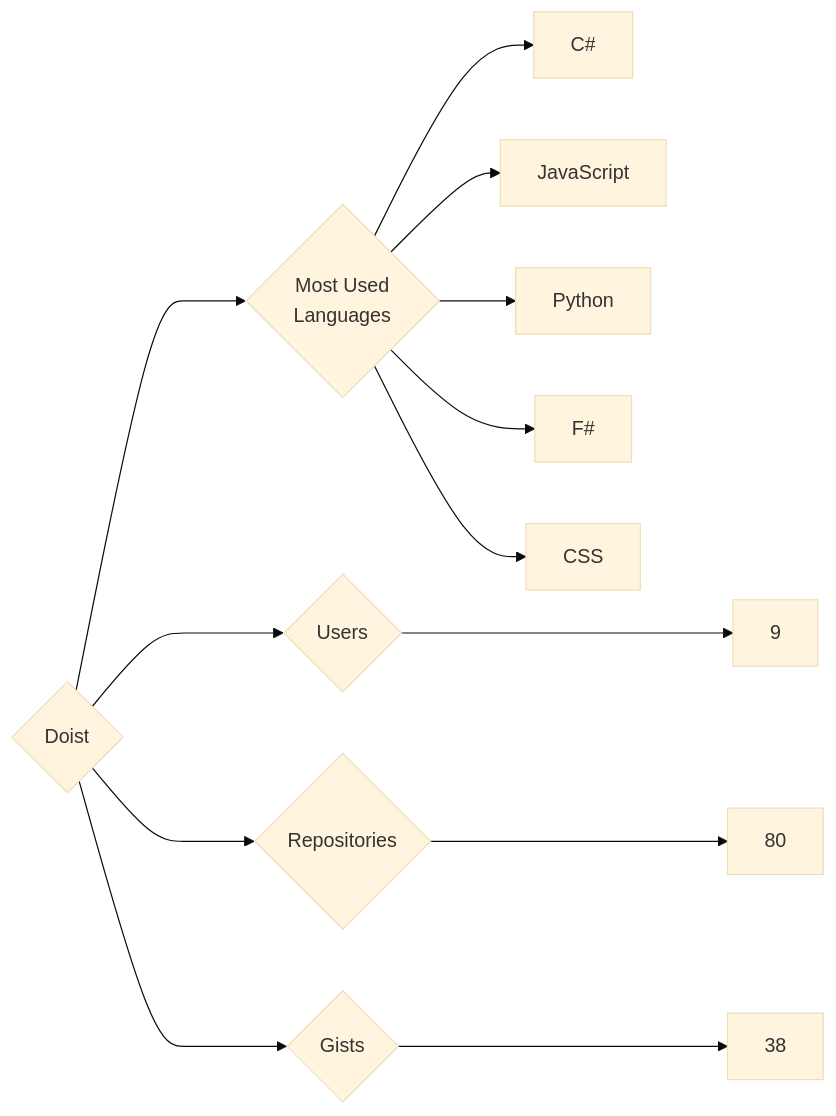
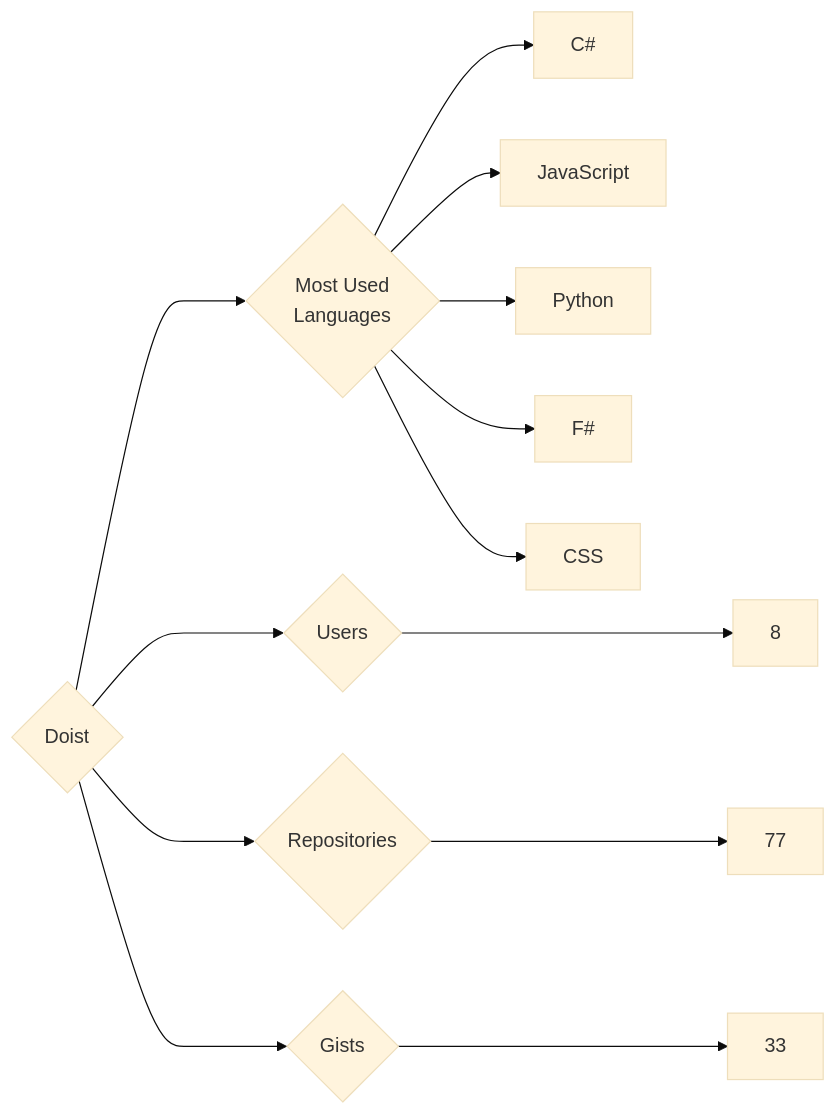
Before and after one commit to trickest/insiders: the diagram in targets/Doist/README.md, drawn with Mermaid (base theme). The commit also changed 1120 other files, not shown here.

````diff
--- a/targets/Doist/README.md
+++ b/targets/Doist/README.md
@@ -3,13 +3,13 @@
 ```mermaid
 graph LR
 COMPANY_NAME{Doist}
-COMPANY_NAME ---> U{Users} ---> UN[9]
-COMPANY_NAME ---> R{Repositories} ---> RN[80]
-COMPANY_NAME ---> G{Gists} ---> GN[38]
+COMPANY_NAME ---> U{Users} ---> UN[8]
+COMPANY_NAME ---> R{Repositories} ---> RN[77]
+COMPANY_NAME ---> G{Gists} ---> GN[33]
 COMPANY_NAME ---> ML{Most Used<br>Languages}
 ML --> C#[C#]
 ML --> JavaScript[JavaScript]
 ML --> Python[Python]
 ML --> F#[F#]
 ML --> CSS[CSS]
 ```
````
